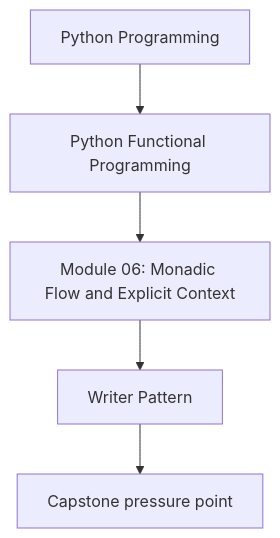
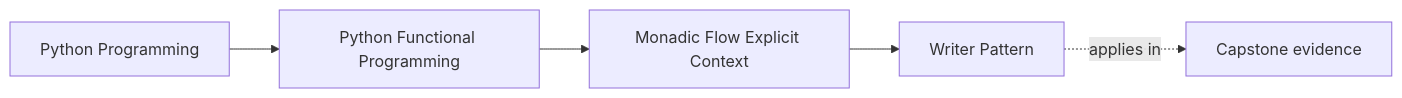
The first of 2 diagrams in programs/python-programming/python-functional-programming/course-book/module-06-monadic-flow-explicit-context/writer-pattern.md (bijux/bijux-masterclass), drawn with Mermaid before and after one commit. The commit also changed other lines of this file and 108 other files, not shown here.

Commit message:
docs(python-functional-programming): map capstone and advanced design surfaces

````diff
--- a/programs/python-programming/python-functional-programming/course-book/module-06-monadic-flow-explicit-context/writer-pattern.md
+++ b/programs/python-programming/python-functional-programming/course-book/module-06-monadic-flow-explicit-context/writer-pattern.md
@@ -7,7 +7,11 @@
 ```mermaid
-flowchart TD
-  family["Python Programming"] --> program["Python Functional Programming"]
-  program --> module["Module 06: Monadic Flow and Explicit Context"]
-  module --> concept["Writer Pattern"]
-  concept --> capstone["Capstone pressure point"]
+graph LR
+  family["Python Programming"]
+  program["Python Functional Programming"]
+  section["Monadic Flow Explicit Context"]
+  page["Writer Pattern"]
+  capstone["Capstone evidence"]
+
+  family --> program --> section --> page
+  page -.applies in.-> capstone
 ```
````
